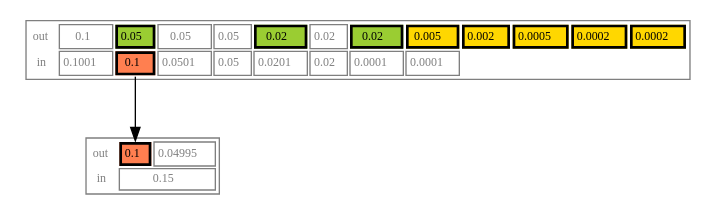
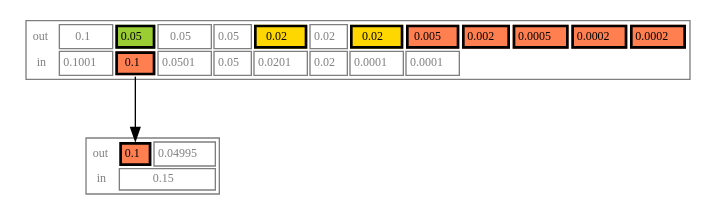
The third of 22 diagrams in simple_example_graphs.org (WalletWasabi/WabiSabi), drawn with Graphviz before and after one commit. The commit also changed other lines of this file, not shown here.

Commit message:
fixup! Add diagrams to illustrate variety of transaction possibilities.

```diff
--- a/simple_example_graphs.org
+++ b/simple_example_graphs.org
@@ -124,48 +124,48 @@
      #+BEGIN_SRC dot :file diagrams/txs/03.svg
      digraph {
          node [shape=none,fontsize=9,color=grey50,fontcolor=grey50]
 
          mix [
              label =<<table cellspacing="2pt" cellpadding="2pt">
              <tr><td border="0">out</td>
                  <td>0.1</td>
                  <td border="2pt" color="black" bgcolor="olivedrab3"><font color="black">0.05</font></td>
                  <td>0.05</td>
                  <td>0.05</td>
-                 <td border="2pt" color="black" bgcolor="olivedrab3"><font color="black">0.02</font></td>
+                 <td border="2pt" color="black" bgcolor="gold"><font color="black">0.02</font></td>
                  <td>0.02</td>
-                 <td border="2pt" color="black" bgcolor="olivedrab3"><font color="black">0.02</font></td>
-                 <td border="2pt" color="black" bgcolor="gold"><font color="black">0.005</font></td>
-                 <td border="2pt" color="black" bgcolor="gold"><font color="black">0.002</font></td>
-                 <td border="2pt" color="black" bgcolor="gold"><font color="black">0.0005</font></td>
-                 <td border="2pt" color="black" bgcolor="gold"><font color="black">0.0002</font></td>
-                 <td border="2pt" color="black" bgcolor="gold"><font color="black">0.0002</font></td>
+                 <td border="2pt" color="black" bgcolor="gold"><font color="black">0.02</font></td>
+                 <td border="2pt" color="black" bgcolor="coral"><font color="black">0.005</font></td>
+                 <td border="2pt" color="black" bgcolor="coral"><font color="black">0.002</font></td>
+                 <td border="2pt" color="black" bgcolor="coral"><font color="black">0.0005</font></td>
+                 <td border="2pt" color="black" bgcolor="coral"><font color="black">0.0002</font></td>
+                 <td border="2pt" color="black" bgcolor="coral"><font color="black">0.0002</font></td>
              </tr>
              <tr><td border="0">in</td>
                  <td>0.1001</td>
                  <td port="i01" border="2pt" color="black" bgcolor="coral"><font color="black">0.1</font></td>
                  <td>0.0501</td>
                  <td>0.05</td>
                  <td>0.0201</td>
                  <td>0.02</td>
                  <td>0.0001</td>
                  <td>0.0001</td>
              </tr>
              </table>>
          ]
 
          receive [
              label =<<table cellspacing="2pt" cellpadding="2pt">
              <tr><td border="0">out</td>
                  <td port="o01" border="2pt" color="black" bgcolor="coral"><font color="black">0.1</font></td>
                  <td>0.04995</td>
              </tr>
              <tr><td border="0">in</td>
                  <td colspan="2">0.15</td>
              </tr>
              </table>>
          ]
 
          mix:i01 -> receive:o01
      }
      #+END_SRC
```
